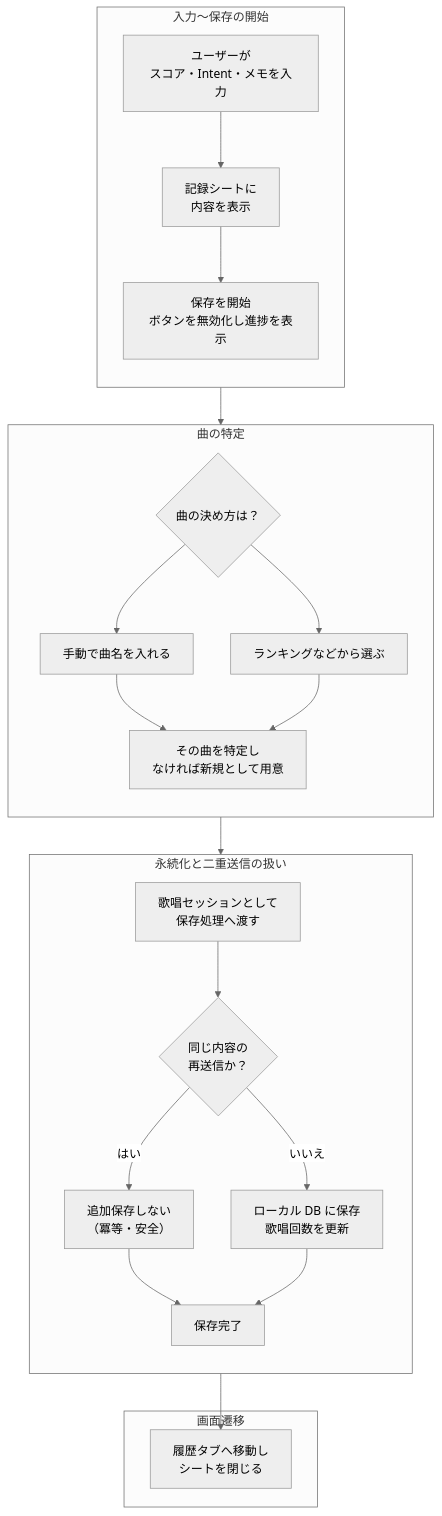
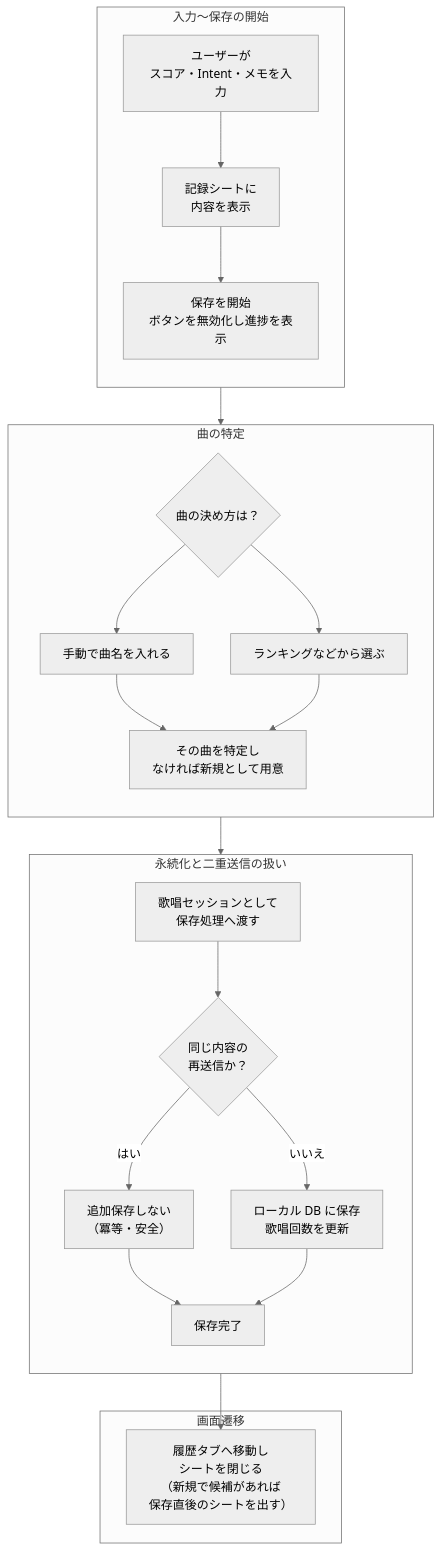
One commit to omomi-moti/Karaoke_support changed the first of 4 diagrams in docs/architecture.md. Above: the diagram before and after it, drawn with Mermaid (neutral theme). The commit also changed other lines of this file and 41 other files, not shown here.

````diff
--- a/docs/architecture.md
+++ b/docs/architecture.md
@@ -52,44 +52,44 @@
 ```mermaid
 flowchart TB
     subgraph S1["入力〜保存の開始"]
         direction TB
         A["ユーザーが<br>スコア・Intent・メモを入力"]
         B["記録シートに<br>内容を表示"]
         C["保存を開始<br>ボタンを無効化し進捗を表示"]
         A --> B --> C
     end
 
     subgraph S2["曲の特定"]
         direction TB
         D{曲の決め方は？}
         E["手動で曲名を入れる"]
         R["ランキングなどから選ぶ"]
         T["その曲を特定し<br>なければ新規として用意"]
         D --> E
         D --> R
         E --> T
         R --> T
     end
 
     subgraph S3["永続化と二重送信の扱い"]
         direction TB
         F["歌唱セッションとして<br>保存処理へ渡す"]
         G{"同じ内容の<br>再送信か？"}
         H["追加保存しない<br>（冪等・安全）"]
         I["ローカル DB に保存<br>歌唱回数を更新"]
         J["保存完了"]
         F --> G
         G -->|はい| H
         G -->|いいえ| I
         H --> J
         I --> J
     end
 
     subgraph S4["画面遷移"]
-        K["履歴タブへ移動し<br>シートを閉じる"]
+        K["履歴タブへ移動し<br>シートを閉じる<br>（新規で候補があれば<br>保存直後のシートを出す）"]
     end
 
     C --> D
     T --> F
     J --> K
 ```
````
